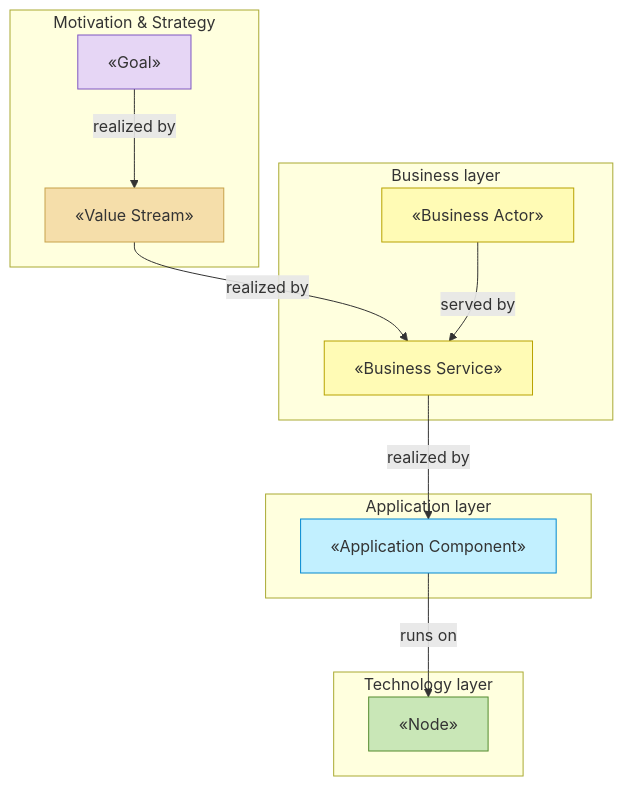
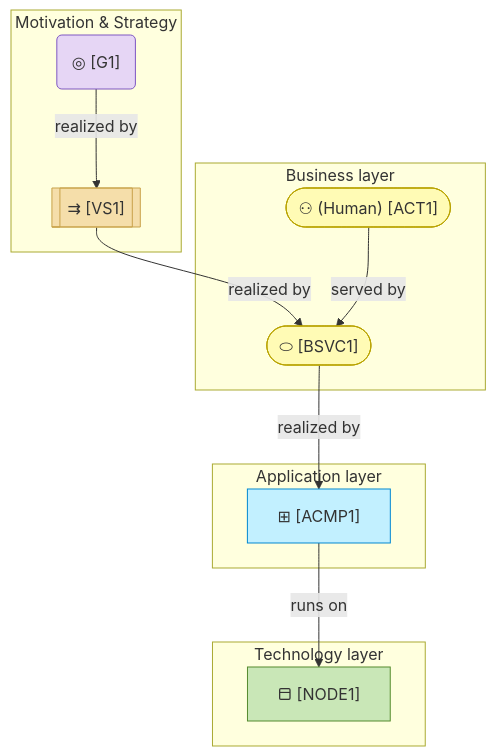
The diagram in .claude/skills/project-bootstrap/templates/architecture/README.md (roanboc/architecture-archreator), drawn with Mermaid before and after one commit. The commit also changed other lines of this file and 19 other files, not shown here.

First line of the commit message:
feat: levels, macro categories, and quieter diagrams

````diff
--- a/.claude/skills/project-bootstrap/templates/architecture/README.md
+++ b/.claude/skills/project-bootstrap/templates/architecture/README.md
@@ -231,32 +245,32 @@
 ```mermaid
 flowchart TB
   subgraph MOT["Motivation & Strategy"]
-    goal["«Goal» <Why this exists>"]:::motivation
-    vs["«Value Stream» <Stage 1 → Stage 2 → …>"]:::strategy
+    goal("◎ <Why this exists> [G1]"):::motivation
+    vs[["⇉ <Stage 1 → Stage 2 → …> [VS1]"]]:::strategy
   end
 
   subgraph BUS["Business layer"]
-    svc["«Business Service» <What's offered>"]:::business
-    actor["«Business Actor» <Who uses it>"]:::business
+    svc(["⬭ <What's offered> [BSVC1]"]):::business
+    actor(["⚇ <Who uses it> (Human) [ACT1]"]):::business
   end
 
   subgraph APP["Application layer"]
-    app["«Application Component» <What realizes the service>"]:::application
+    app["⊞ <What realizes the service> [ACMP1]"]:::application
   end
 
   subgraph TEC["Technology layer"]
-    tech["«Node» <What it runs on>"]:::technology
+    tech["⬒ <What it runs on> [NODE1]"]:::technology
   end
 
   goal -->|realized by| vs
   vs -->|realized by| svc
   actor -->|served by| svc
   svc -->|realized by| app
   app -->|runs on| tech
 
   classDef motivation fill:#e6d6f5,stroke:#7e57c2,color:#333
   classDef strategy fill:#f5deaa,stroke:#c8a24a,color:#333
   classDef business fill:#fffbb5,stroke:#b8a200,color:#333
   classDef application fill:#c2f0ff,stroke:#0288d1,color:#333
   classDef technology fill:#c9e7b7,stroke:#558b2f,color:#333
 ```
````
